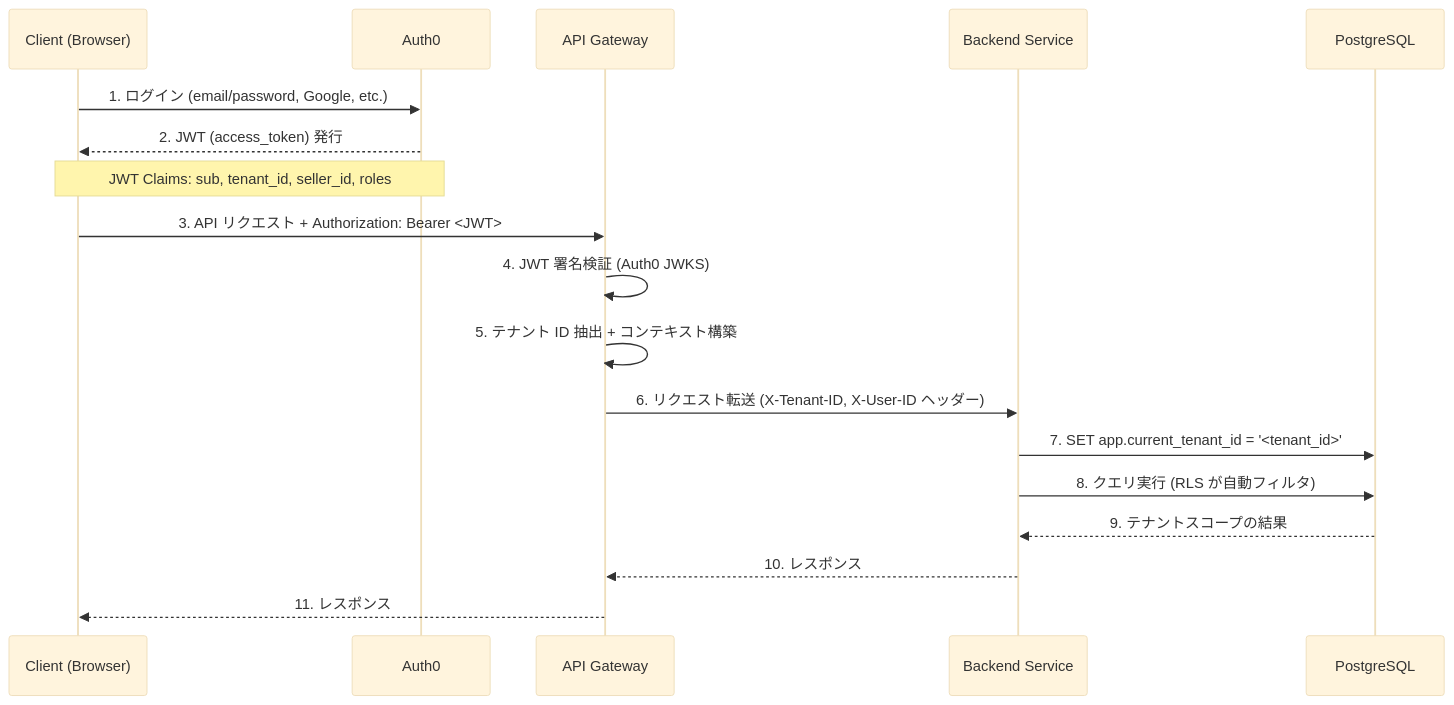
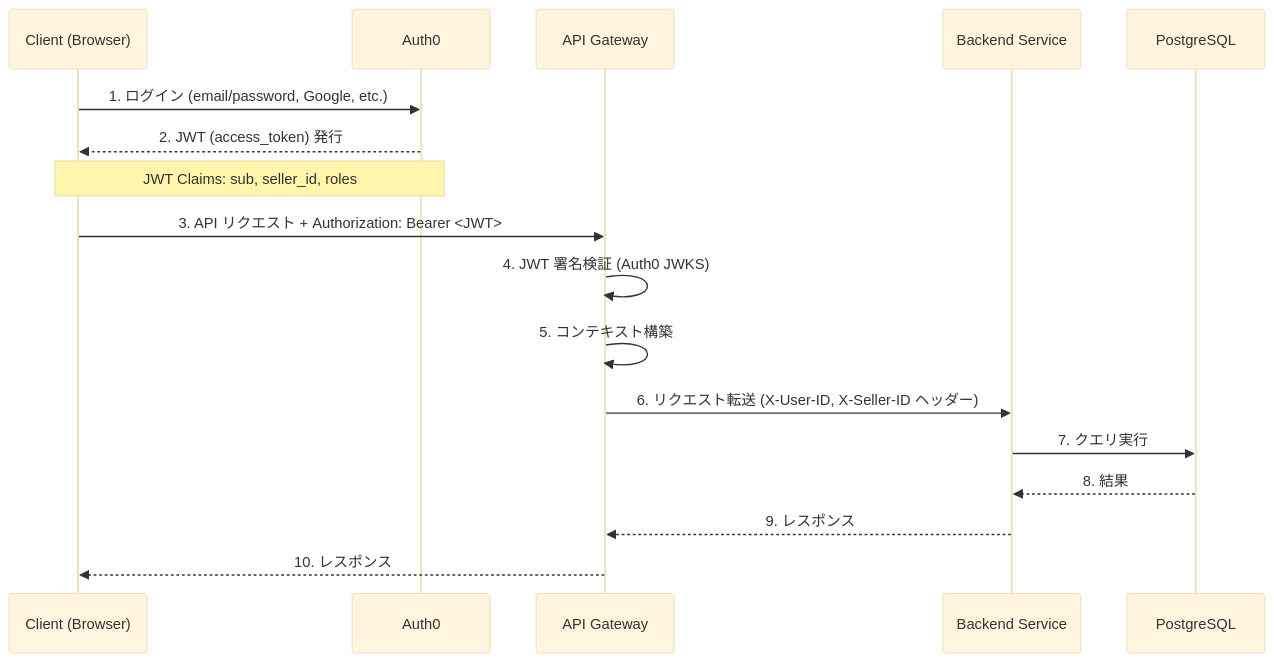
The second of 2 diagrams in docs/architecture.md (rick2200-dev/ec-test), drawn with Mermaid (base theme) before and after one commit. The commit also changed other lines of this file and 229 other files, not shown here.

````diff
--- a/docs/architecture.md
+++ b/docs/architecture.md
@@ -486,22 +405,21 @@
 ```mermaid
 sequenceDiagram
     participant Client as Client (Browser)
     participant Auth0 as Auth0
     participant GW as API Gateway
     participant Svc as Backend Service
     participant DB as PostgreSQL
 
     Client->>Auth0: 1. ログイン (email/password, Google, etc.)
     Auth0-->>Client: 2. JWT (access_token) 発行
-    Note over Client,Auth0: JWT Claims: sub, tenant_id, seller_id, roles
+    Note over Client,Auth0: JWT Claims: sub, seller_id, roles
 
     Client->>GW: 3. API リクエスト + Authorization: Bearer <JWT>
     GW->>GW: 4. JWT 署名検証 (Auth0 JWKS)
-    GW->>GW: 5. テナント ID 抽出 + コンテキスト構築
-    GW->>Svc: 6. リクエスト転送 (X-Tenant-ID, X-User-ID ヘッダー)
-    Svc->>DB: 7. SET app.current_tenant_id = '<tenant_id>'
-    Svc->>DB: 8. クエリ実行 (RLS が自動フィルタ)
-    DB-->>Svc: 9. テナントスコープの結果
-    Svc-->>GW: 10. レスポンス
-    GW-->>Client: 11. レスポンス
+    GW->>GW: 5. コンテキスト構築
+    GW->>Svc: 6. リクエスト転送 (X-User-ID, X-Seller-ID ヘッダー)
+    Svc->>DB: 7. クエリ実行
+    DB-->>Svc: 8. 結果
+    Svc-->>GW: 9. レスポンス
+    GW-->>Client: 10. レスポンス
 ```
````
